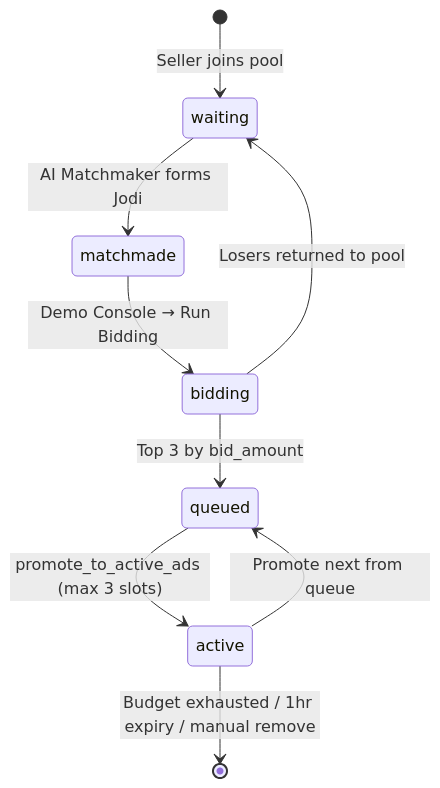
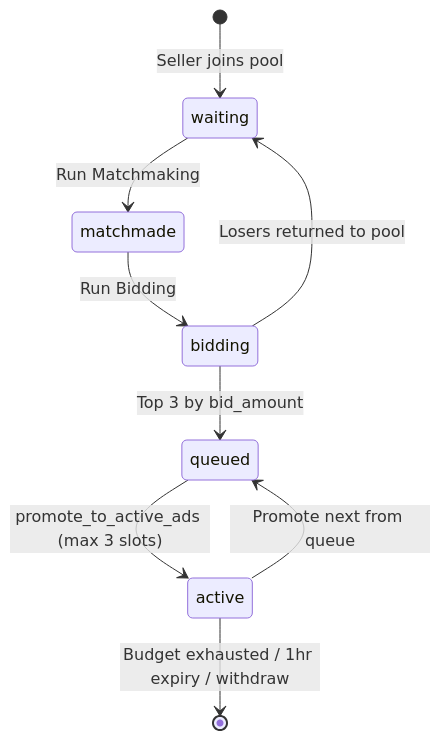
Before and after one commit to aditiiprasad/Meesho: the second of 3 diagrams in README.md, drawn with Mermaid. The commit also changed other lines of this file and 8 other files, not shown here.

````diff
--- a/README.md
+++ b/README.md
@@ -173,11 +315,11 @@
 ```mermaid
 stateDiagram-v2
     [*] --> waiting: Seller joins pool
-    waiting --> matchmade: AI Matchmaker forms Jodi
-    matchmade --> bidding: Demo Console → Run Bidding
+    waiting --> matchmade: Run Matchmaking
+    matchmade --> bidding: Run Bidding
     bidding --> queued: Top 3 by bid_amount
     bidding --> waiting: Losers returned to pool
     queued --> active: promote_to_active_ads (max 3 slots)
-    active --> [*]: Budget exhausted / 1hr expiry / manual remove
+    active --> [*]: Budget exhausted / 1hr expiry / withdraw
     active --> queued: Promote next from queue
 ```
````
